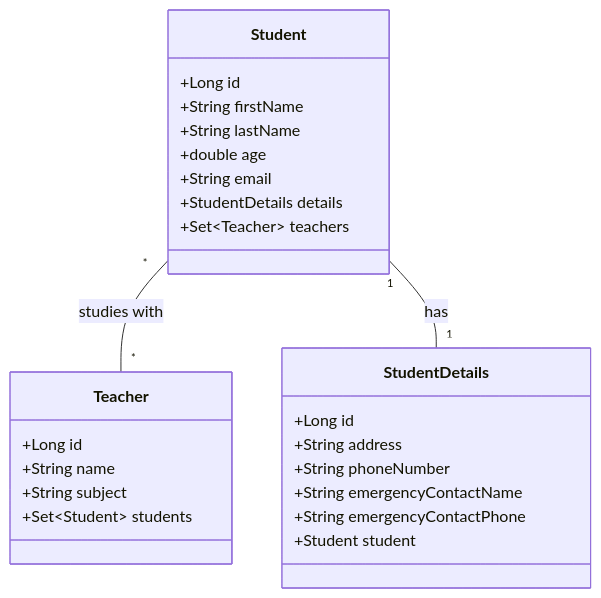
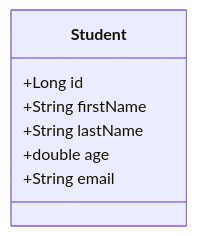
The third of 5 diagrams in HELP.md (itay265/server), drawn with Mermaid before and after one commit. The commit also changed other lines of this file and 48 other files, not shown here.

````diff
--- a/HELP.md
+++ b/HELP.md
@@ -1881,31 +172,10 @@
 ```mermaid
 classDiagram
-    Student "*" -- "*" Teacher : studies with
-    Student "1" -- "1" StudentDetails : has
-    
     class Student {
         +Long id
         +String firstName
         +String lastName
         +double age
         +String email
-        +StudentDetails details
-        +Set~Teacher~ teachers
-    }
-    
-    class StudentDetails {
-        +Long id
-        +String address
-        +String phoneNumber
-        +String emergencyContactName
-        +String emergencyContactPhone
-        +Student student
-    }
-    
-    class Teacher {
-        +Long id
-        +String name
-        +String subject
-        +Set~Student~ students
     }
 ```
````
